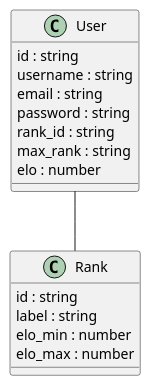
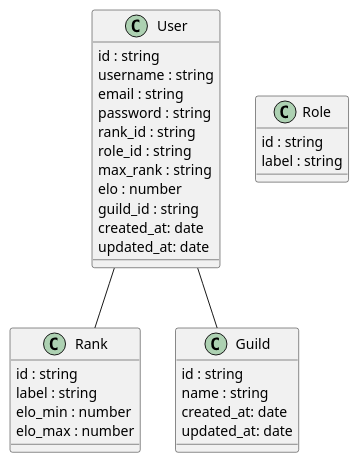
Before and after one commit to ptdrpg/KageNoEn: the diagram in uml.wsd, drawn with PlantUML. The commit also changed 4 other files, not shown here.

```diff
--- a/uml.wsd
+++ b/uml.wsd
@@ -1,22 +1,42 @@
 @startuml kagenoen
 
 class Rank {
   id : string
   label : string
   elo_min : number
   elo_max : number
 }
 
+class Role {
+  id : string
+  label : string
+}
+
 class User {
   id : string
   username : string
   email : string
   password : string
   rank_id : string
+  role_id : string
   max_rank : string
   elo : number
+  guild_id : string
+  created_at: date
+  updated_at: date
 }
 
 User -- Rank
 
+class Guild {
+  id : string
+  name : string
+  created_at: date
+  updated_at: date
+}
+
+
+User -- Guild
+
+
 @enduml
```
